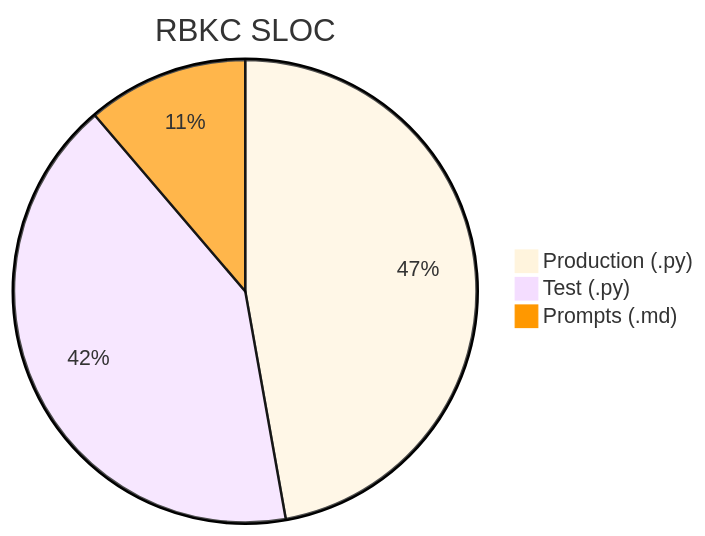
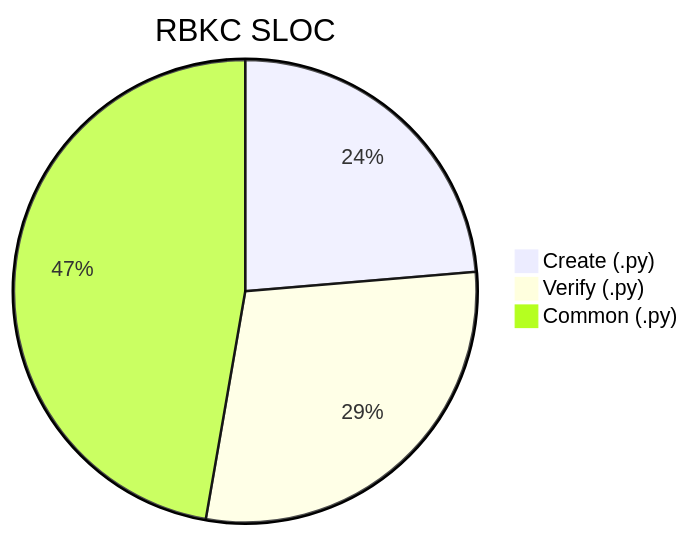
The tenth of 14 diagrams in docs/metrics.md (nablarch/nabledge-dev), drawn with Mermaid before and after one commit. The commit also changed other lines of this file and 1 other file, not shown here.

First line of the commit message:
feat: break down RBKC SLOC by Create/Verify/Common

````diff
--- a/docs/metrics.md
+++ b/docs/metrics.md
@@ -136,7 +136,6 @@
 ```mermaid
-%%{init: {'theme': 'base', 'themeVariables': {'pie3': '#FF9800'}}}%%
 pie title RBKC SLOC
-  "Production (.py)" : 5494
-  "Test (.py)" : 4837
-  "Prompts (.md)" : 1310
+  "Create (.py)" : 1300
+  "Verify (.py)" : 1597
+  "Common (.py)" : 2597
 ```
````
